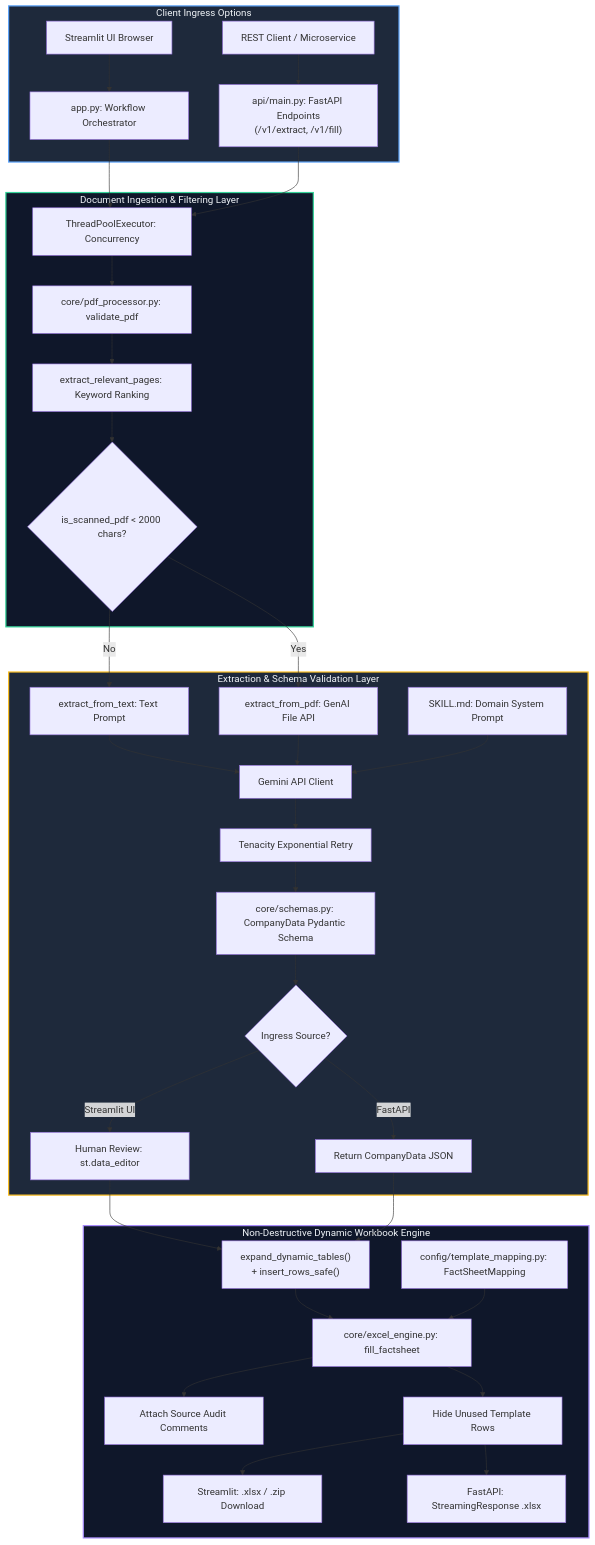
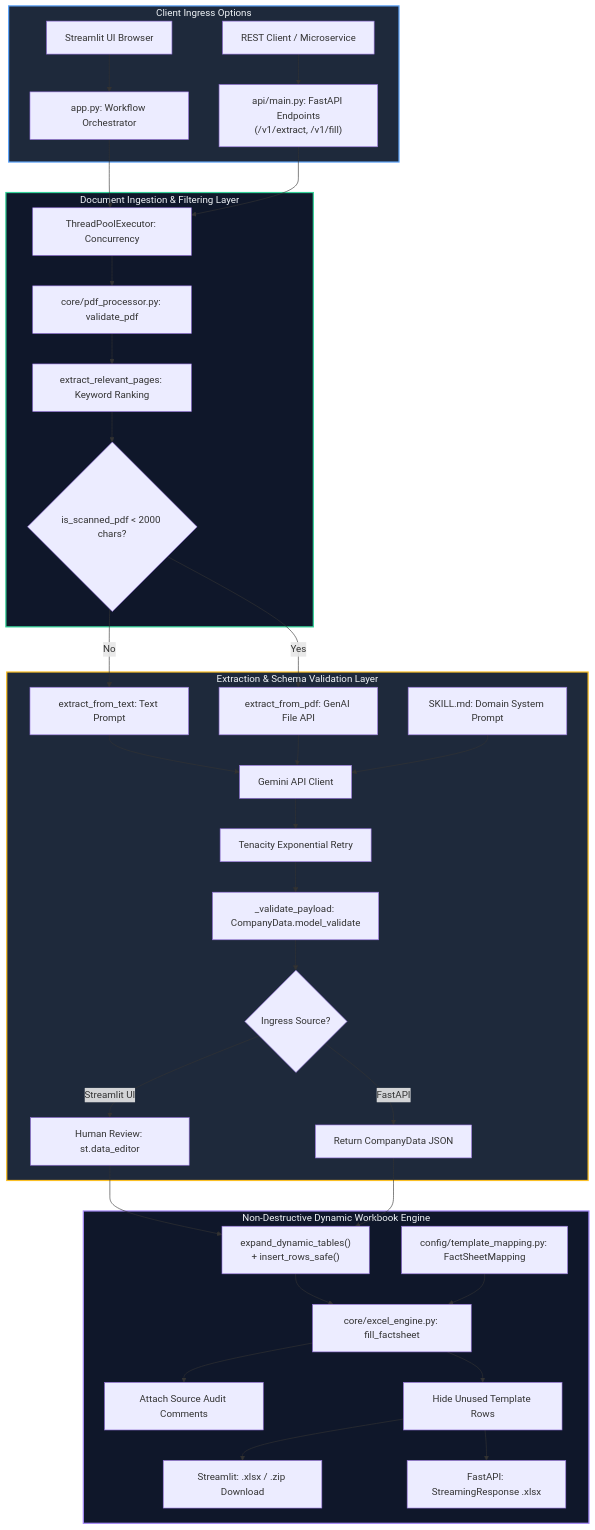
The diagram in PROJECT_REVIEW.md (ApurvSharma05/ALFA), drawn with Mermaid before and after one commit. The commit also changed other lines of this file and 5 other files, not shown here.

First line of the commit message:
Fix extractor retries, schema validation, and API key docs (#1)

````diff
--- a/PROJECT_REVIEW.md
+++ b/PROJECT_REVIEW.md
@@ -124,41 +313,41 @@
 ```mermaid
 flowchart TD
     subgraph INGRESS ["Client Ingress Options"]
         A1[Streamlit UI Browser] --> B[app.py: Workflow Orchestrator]
         A2[REST Client / Microservice] --> B2["api/main.py: FastAPI Endpoints<br/>(/v1/extract, /v1/fill)"]
     end
 
     subgraph INGEST ["Document Ingestion & Filtering Layer"]
         B & B2 --> D[ThreadPoolExecutor: Concurrency]
         D --> E[core/pdf_processor.py: validate_pdf]
         E --> F[extract_relevant_pages: Keyword Ranking]
         F --> G{is_scanned_pdf < 2000 chars?}
     end
 
     subgraph LLM ["Extraction & Schema Validation Layer"]
         G -- No --> H[extract_from_text: Text Prompt]
         G -- Yes --> I[extract_from_pdf: GenAI File API]
         H & I --> J[Gemini API Client]
         K[SKILL.md: Domain System Prompt] --> J
         J --> L[Tenacity Exponential Retry]
-        L --> M[core/schemas.py: CompanyData Pydantic Schema]
+        L --> M[_validate_payload: CompanyData.model_validate]
         M --> P{Ingress Source?}
         P -- Streamlit UI --> PREVIEW[Human Review: st.data_editor]
         P -- FastAPI --> API_RESP[Return CompanyData JSON]
     end
 
     subgraph EXCEL ["Non-Destructive Dynamic Workbook Engine"]
         PREVIEW & API_RESP --> EXPAND["expand_dynamic_tables()<br/>+ insert_rows_safe()"]
         EXPAND --> U[core/excel_engine.py: fill_factsheet]
         V[config/template_mapping.py: FactSheetMapping] --> U
         U --> W[Attach Source Audit Comments]
         U --> X[Hide Unused Template Rows]
         X --> OUT1[Streamlit: .xlsx / .zip Download]
         X --> OUT2[FastAPI: StreamingResponse .xlsx]
     end
 
     style INGRESS fill:#1E293B,stroke:#60A5FA,stroke-width:2px,color:#F1F5F9
     style INGEST fill:#0F172A,stroke:#34D399,stroke-width:2px,color:#F1F5F9
     style LLM fill:#1E293B,stroke:#FBBF24,stroke-width:2px,color:#F1F5F9
     style EXCEL fill:#0F172A,stroke:#A78BFA,stroke-width:2px,color:#F1F5F9
 ```
````
